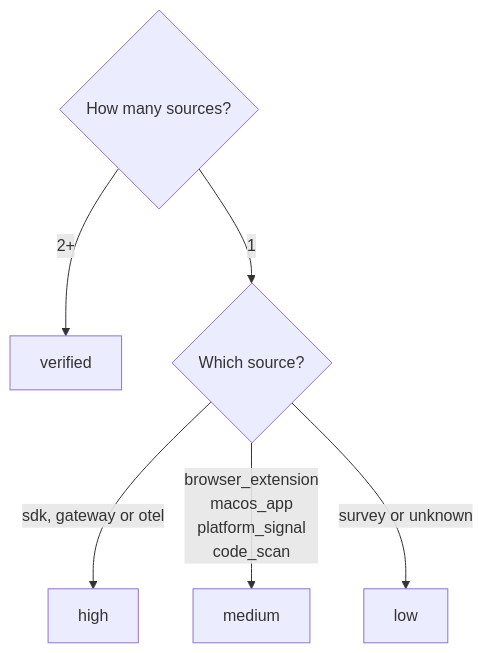
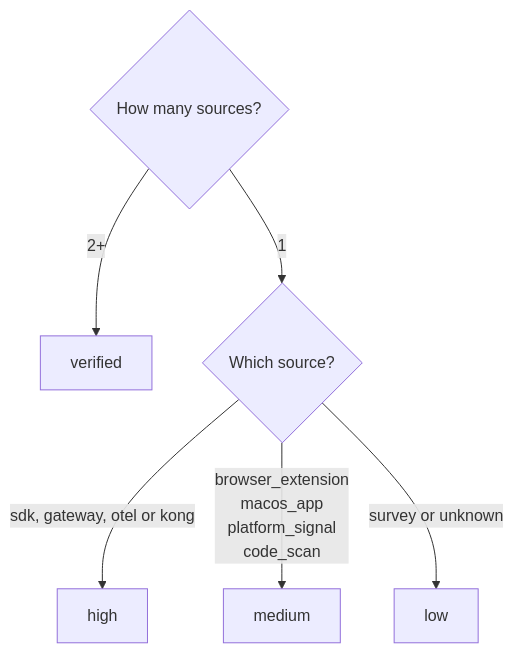
Before and after one commit to Prompt-Shields/prompt-shields-sdk: the diagram in docs/guides/confidence-scoring.mdx, drawn with Mermaid. The commit also changed other lines of this file and 18 other files, not shown here.

First line of the commit message:
Collector: ingest Kong AI Gateway traffic via the stock http-log plugin

````diff
--- a/docs/guides/confidence-scoring.mdx
+++ b/docs/guides/confidence-scoring.mdx
@@ -21,8 +21,8 @@
 ```mermaid
 graph TD
     A{How many sources?} -->|2+| B[verified]
     A -->|1| C{Which source?}
-    C -->|sdk, gateway or otel| D[high]
+    C -->|sdk, gateway, otel or kong| D[high]
     C -->|browser_extension<br>macos_app<br>platform_signal<br>code_scan| E[medium]
     C -->|survey or unknown| F[low]
 ```
````
